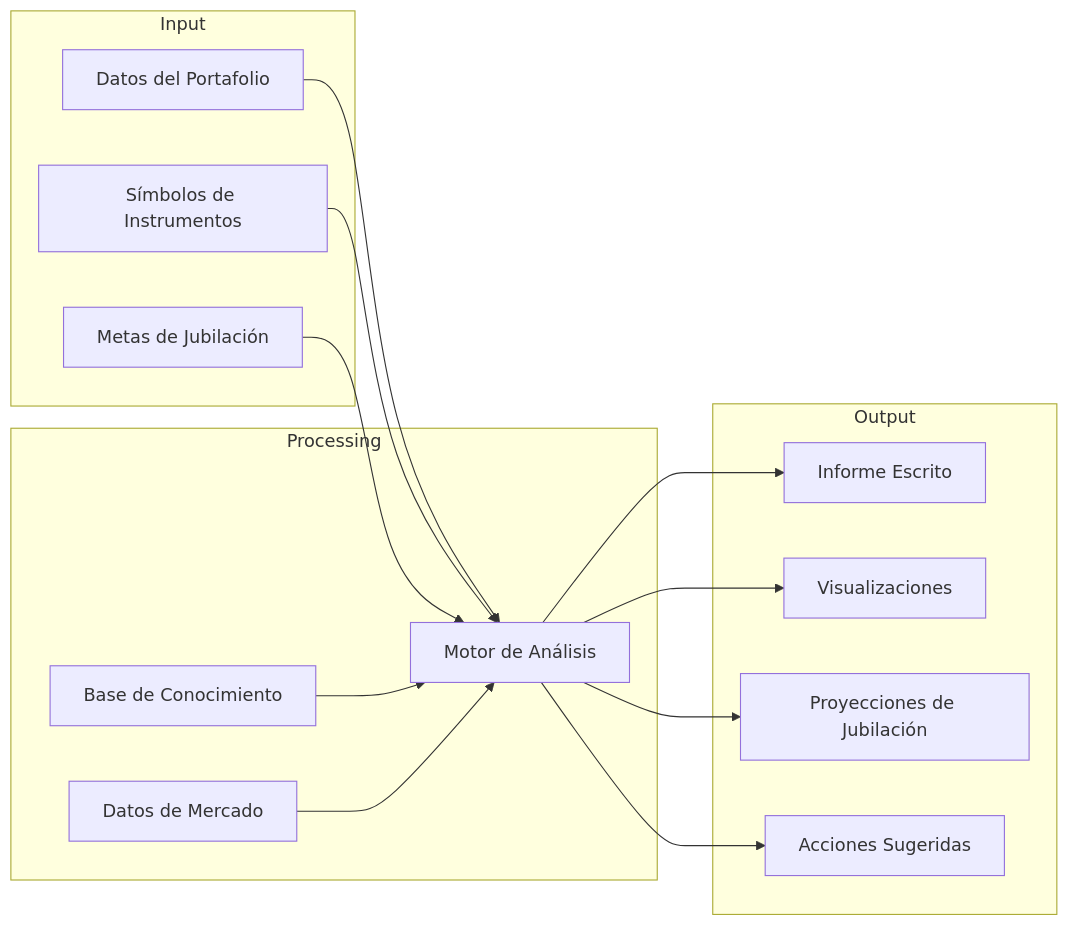
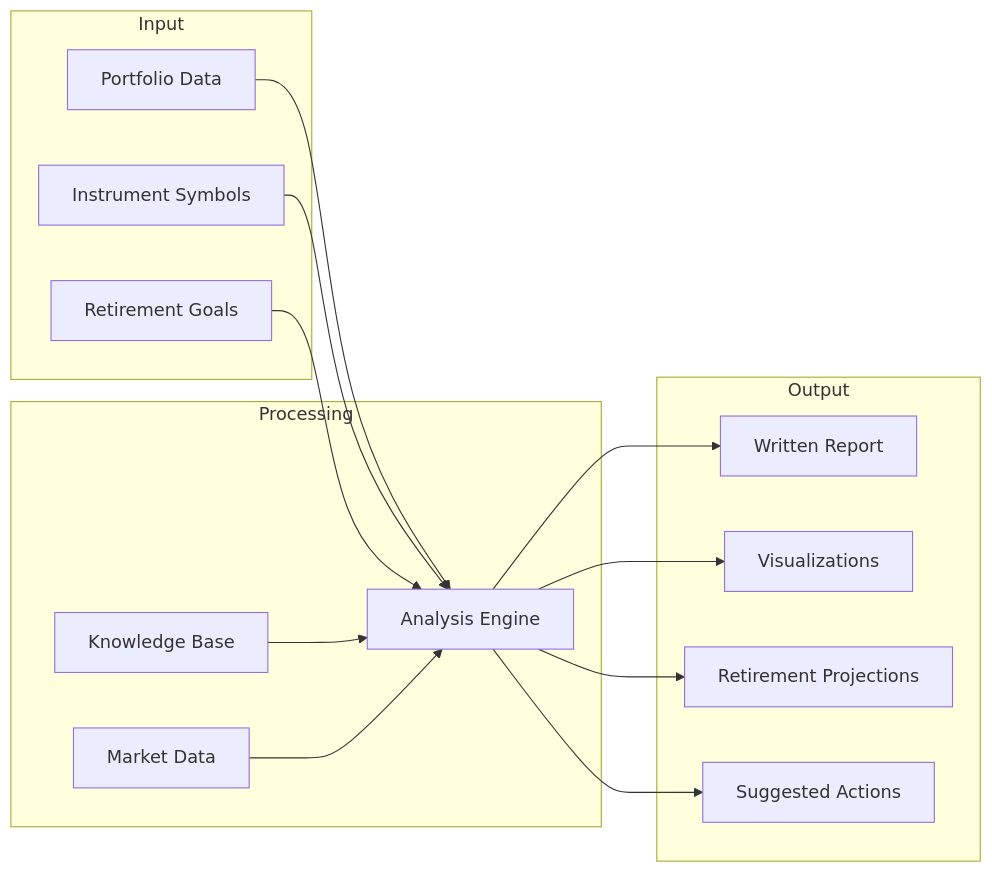
One commit to repson/agentic-learning-equities-explainer changed the third of 3 diagrams in guides/agent_architecture.md. Above: the diagram before and after it, drawn with Mermaid. The commit also changed other lines of this file and 14 other files, not shown here.

````diff
--- a/guides/agent_architecture.md
+++ b/guides/agent_architecture.md
@@ -145,33 +145,33 @@
 ```mermaid
 graph LR
     subgraph Input
-        Portfolio[Datos del Portafolio]
-        Instruments[Símbolos de Instrumentos]
-        Goals[Metas de Jubilación]
+        Portfolio[Portfolio Data]
+        Instruments[Instrument Symbols]
+        Goals[Retirement Goals]
     end
     
     subgraph Processing
-        Analysis[Motor de Análisis]
-        Knowledge[Base de Conocimiento]
-        Market[Datos de Mercado]
+        Analysis[Analysis Engine]
+        Knowledge[Knowledge Base]
+        Market[Market Data]
     end
     
     subgraph Output
-        Report[Informe Escrito]
-        Charts[Visualizaciones]
-        Projections[Proyecciones de Jubilación]
-        Recommendations[Acciones Sugeridas]
+        Report[Written Report]
+        Charts[Visualizations]
+        Projections[Retirement Projections]
+        Recommendations[Suggested Actions]
     end
     
     Portfolio --> Analysis
     Instruments --> Analysis
     Goals --> Analysis
     
     Knowledge --> Analysis
     Market --> Analysis
     
     Analysis --> Report
     Analysis --> Charts
     Analysis --> Projections
     Analysis --> Recommendations
 ```
````
